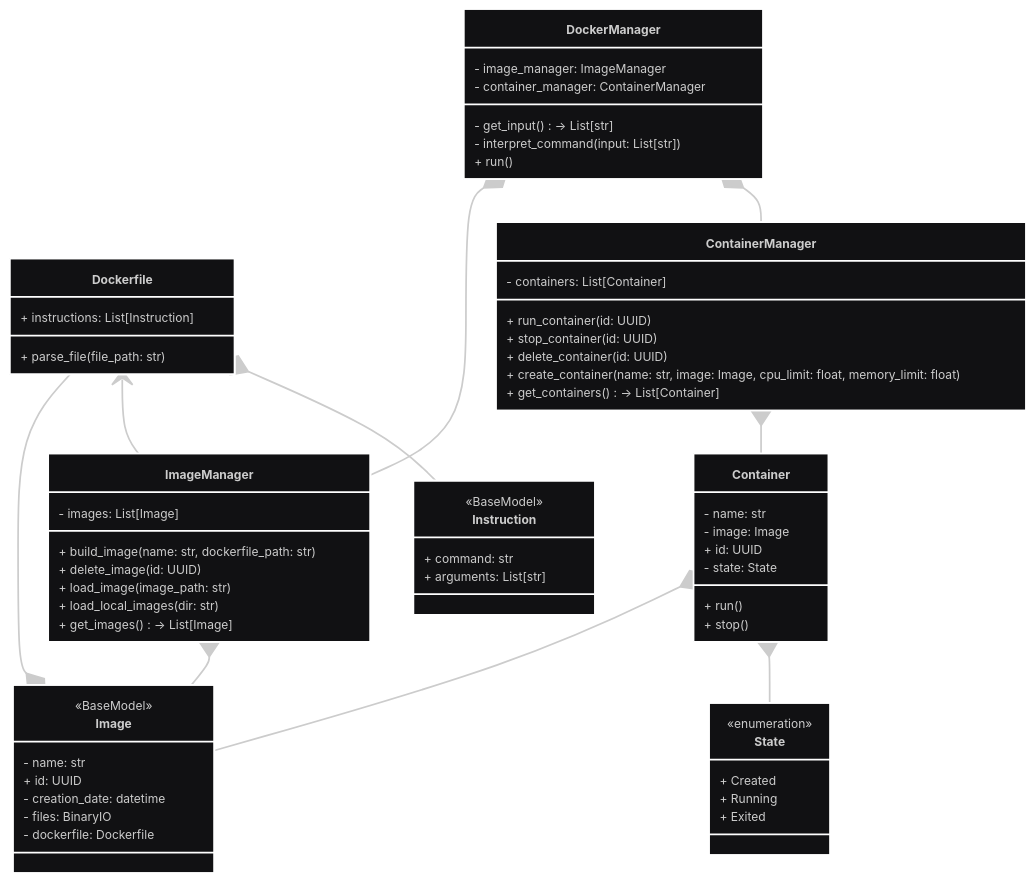
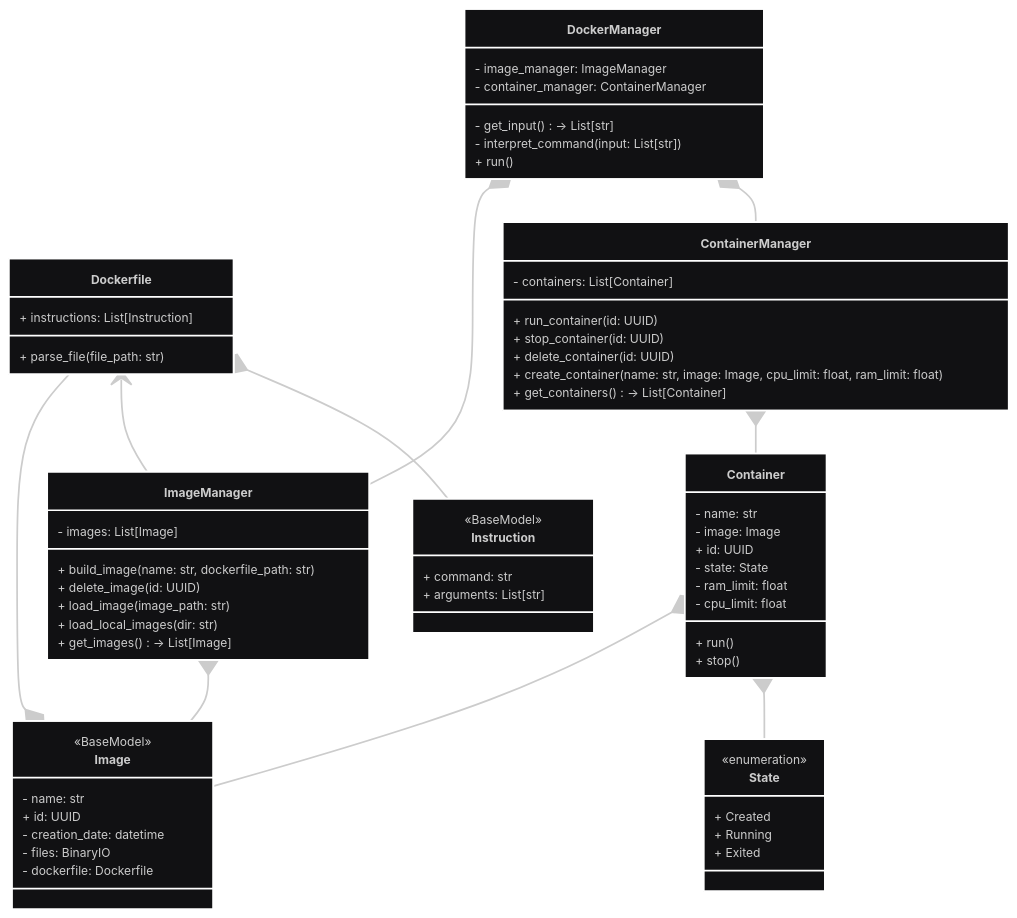
One commit to alonshuld/docker_poc changed the diagram in UML.mmd. Above: the diagram before and after it, drawn with Mermaid.

Commit message:
Added cpu & ram support back

```diff
--- a/UML.mmd
+++ b/UML.mmd
@@ -1,70 +1,72 @@
 ---
 config:
   theme: redux-dark
 ---
 classDiagram
 direction TB
     class Instruction {
 		<<BaseModel>>
 	    + command: str
 	    + arguments: List[str]
     }
     class Dockerfile {
 	    + instructions: List[Instruction]
 	    + parse_file(file_path: str)
     }
     class Image {
 		<<BaseModel>>
 	    - name: str
 	    + id: UUID
 	    - creation_date: datetime
 	    - files: BinaryIO
 		- dockerfile: Dockerfile
     }
     class ImageManager {
 	    - images: List[Image]
 	    + build_image(name: str, dockerfile_path: str)
 	    + delete_image(id: UUID)
 	    + load_image(image_path: str)
 	    + load_local_images(dir: str)
 	    + get_images() -> List[Image]
     }
     class Container {
 	    - name: str
 	    - image: Image
 	    + id: UUID
 	    - state: State
+		- ram_limit: float
+		- cpu_limit: float
 	    + run()
 	    + stop()
     }
     class State {
 		<<enumeration>>
 	    + Created
 	    + Running
 	    + Exited
     }
     class ContainerManager {
 	    - containers: List[Container]
 	    + run_container(id: UUID)
 	    + stop_container(id: UUID)
 	    + delete_container(id: UUID)
-	    + create_container(name: str, image: Image, cpu_limit: float, memory_limit: float)
+	    + create_container(name: str, image: Image, cpu_limit: float, ram_limit: float)
 	    + get_containers() -> List[Container]
     }
     class DockerManager {
 	    - image_manager: ImageManager
 	    - container_manager: ContainerManager
 	    - get_input() -> List[str]
 	    - interpret_command(input: List[str])
 	    + run()
     }
   
     ImageManager *-- Image
     Dockerfile *-- Instruction
     Container *-- State
     Dockerfile <-- ImageManager
 	Image *-- Dockerfile
     Container *-- Image
     ContainerManager *-- Container
     DockerManager *-- ContainerManager
     DockerManager *-- ImageManager
```
